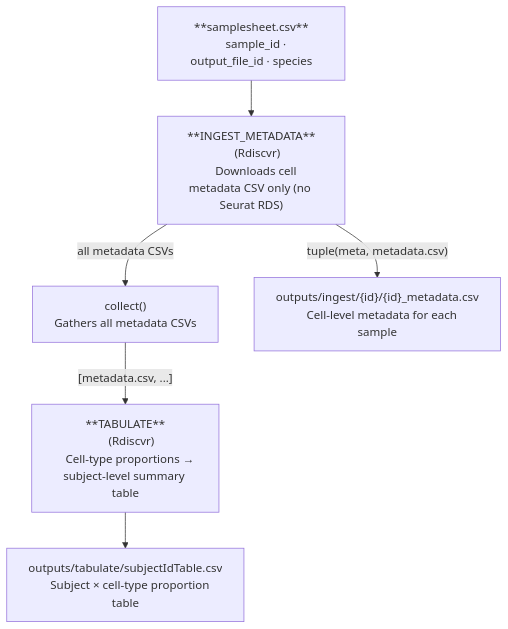
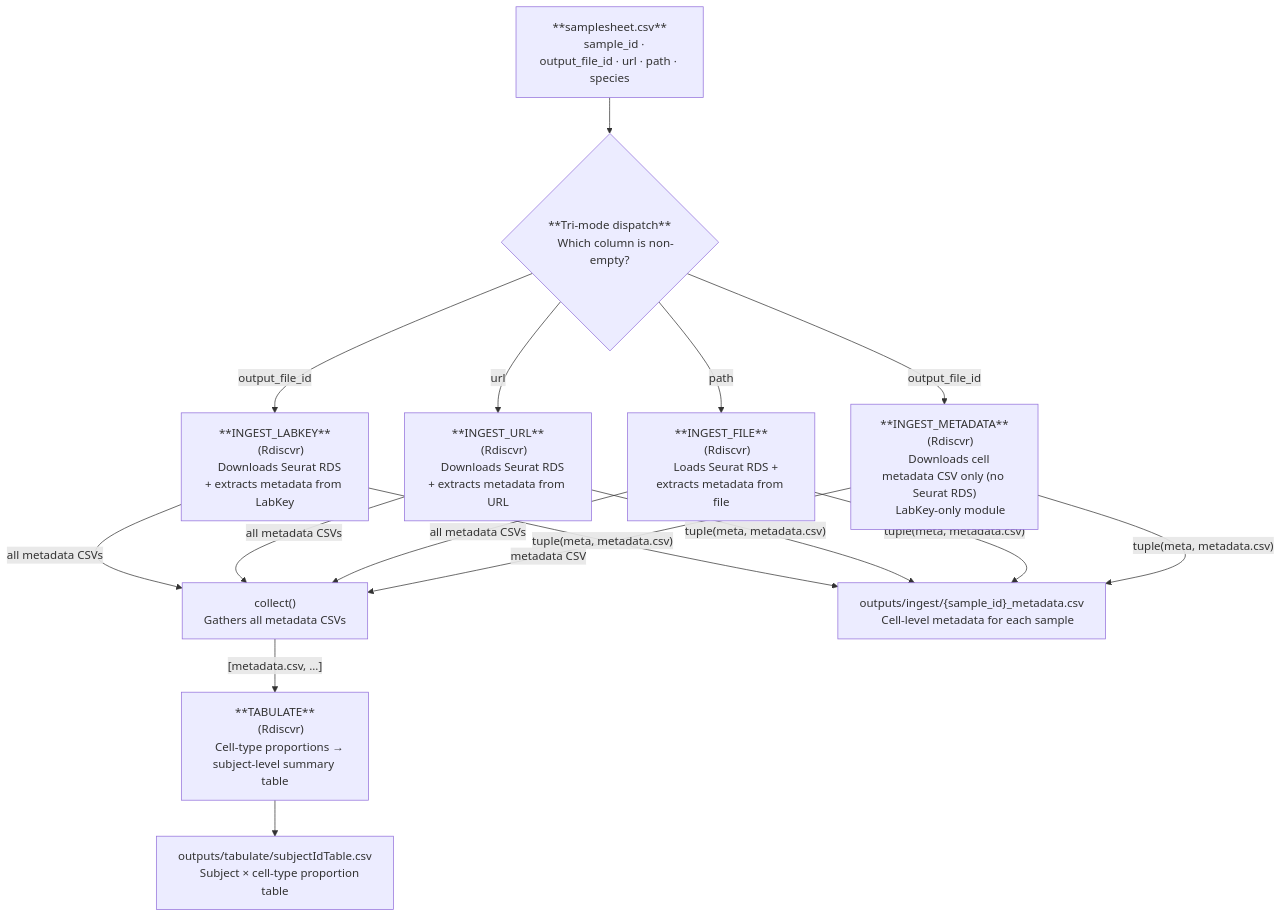
One commit to GWMcElfresh/GoodWorkflows changed the diagram in docs/workflows/ingest-tabulate.md. Above: the diagram before and after it, drawn with Mermaid. The commit also changed other lines of this file and 16 other files, not shown here.

````diff
--- a/docs/workflows/ingest-tabulate.md
+++ b/docs/workflows/ingest-tabulate.md
@@ -11,28 +11,50 @@
 ```mermaid
 flowchart TD
     SS["**samplesheet.csv**
-    sample_id · output_file_id · species"]
+    sample_id · output_file_id · url · path · species"]
 
+    DISPATCH{"**Tri-mode dispatch**
+    Which column is non-empty?"}
+    INGEST_LABKEY["**INGEST_LABKEY**
+    (Rdiscvr)
+    Downloads Seurat RDS + extracts metadata from LabKey"]
+    INGEST_URL["**INGEST_URL**
+    (Rdiscvr)
+    Downloads Seurat RDS + extracts metadata from URL"]
+    INGEST_FILE["**INGEST_FILE**
+    (Rdiscvr)
+    Loads Seurat RDS + extracts metadata from file"]
     INGEST_META["**INGEST_METADATA**
     (Rdiscvr)
-    Downloads cell metadata CSV only (no Seurat RDS)"]
+    Downloads cell metadata CSV only (no Seurat RDS)
+    LabKey-only module"]
 
     COLLECT["collect()
     Gathers all metadata CSVs"]
 
     TABULATE["**TABULATE**
     (Rdiscvr)
     Cell-type proportions → subject-level summary table"]
 
-    OUT_META["outputs/ingest/{id}/{id}_metadata.csv
+    OUT_META["outputs/ingest/{sample_id}_metadata.csv
     Cell-level metadata for each sample"]
 
     OUT_TABLE["outputs/tabulate/subjectIdTable.csv
     Subject × cell-type proportion table"]
 
-    SS --> INGEST_META
+    SS --> DISPATCH
+    DISPATCH -->|"output_file_id"| INGEST_LABKEY
+    DISPATCH -->|"output_file_id"| INGEST_META
+    DISPATCH -->|"url"| INGEST_URL
+    DISPATCH -->|"path"| INGEST_FILE
+    INGEST_LABKEY -->|"tuple(meta, metadata.csv)"| OUT_META
+    INGEST_URL -->|"tuple(meta, metadata.csv)"| OUT_META
+    INGEST_FILE -->|"tuple(meta, metadata.csv)"| OUT_META
     INGEST_META -->|"tuple(meta, metadata.csv)"| OUT_META
-    INGEST_META -->|"all metadata CSVs"| COLLECT
+    INGEST_LABKEY -->|"all metadata CSVs"| COLLECT
+    INGEST_URL -->|"all metadata CSVs"| COLLECT
+    INGEST_FILE -->|"all metadata CSVs"| COLLECT
+    INGEST_META -->|"metadata CSV"| COLLECT
     COLLECT -->|"[metadata.csv, ...]"| TABULATE
     TABULATE --> OUT_TABLE
 ```
````
